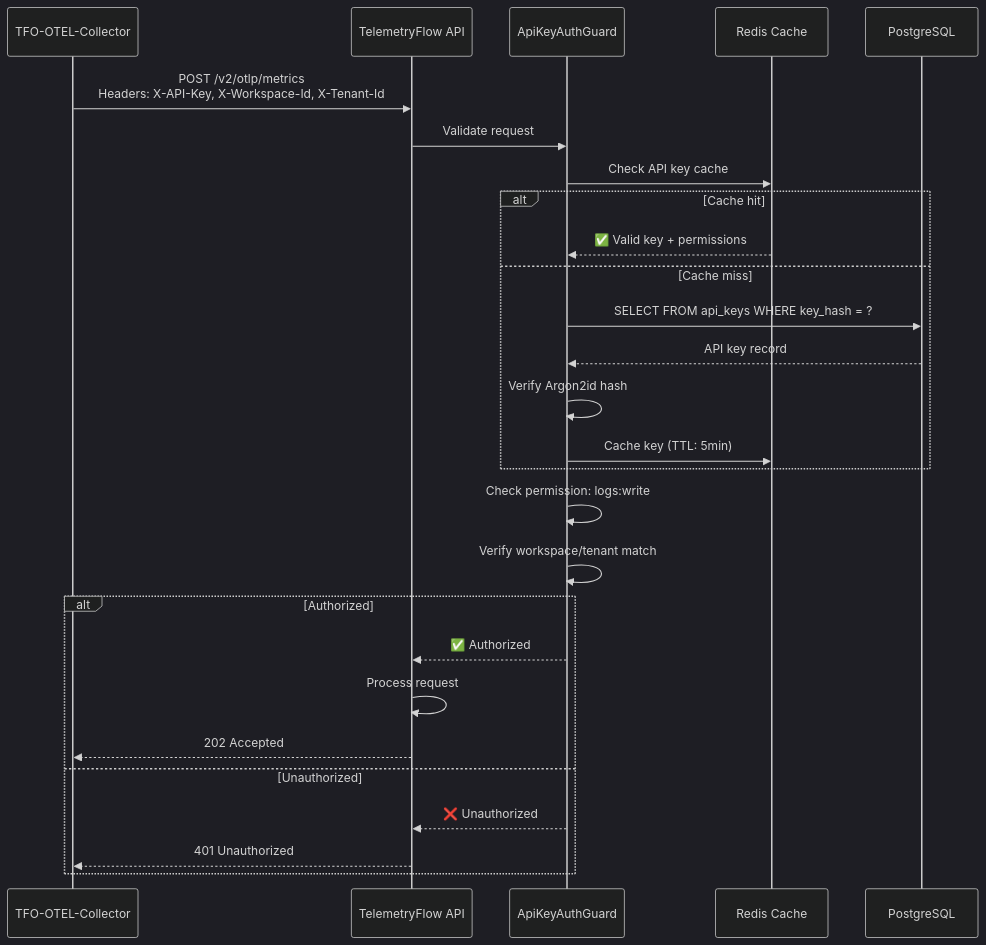
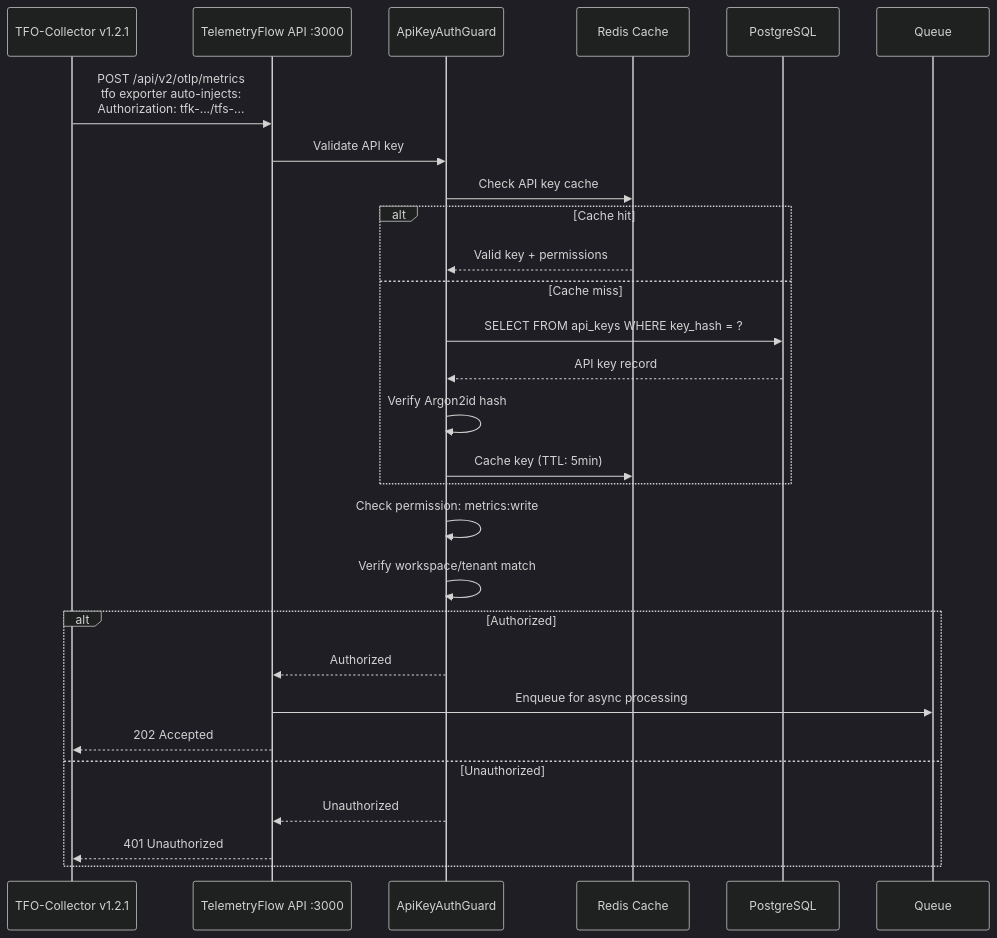
The fourth of 4 diagrams in tfo-otel/INGESTION-FLOW.md (telemetryflow/telemetryflow-overview), drawn with Mermaid (dark theme) before and after one commit. The commit also changed other lines of this file and 68 other files, not shown here.

````diff
--- a/tfo-otel/INGESTION-FLOW.md
+++ b/tfo-otel/INGESTION-FLOW.md
@@ -635,34 +433,34 @@
 ```mermaid
 sequenceDiagram
-    participant Collector as TFO-OTEL-Collector
-    participant API as TelemetryFlow API
+    participant Collector as TFO-Collector v1.2.1
+    participant API as TelemetryFlow API :3000
     participant Guard as ApiKeyAuthGuard
     participant Cache as Redis Cache
     participant DB as PostgreSQL
 
-    Collector->>API: POST /v2/otlp/metrics<br/>Headers: X-API-Key, X-Workspace-Id, X-Tenant-Id
+    Collector->>API: POST /api/v2/otlp/metrics<br/>tfo exporter auto-injects:<br/>Authorization: tfk-.../tfs-...
 
-    API->>Guard: Validate request
+    API->>Guard: Validate API key
 
     Guard->>Cache: Check API key cache
     alt Cache hit
-        Cache-->>Guard: ✅ Valid key + permissions
+        Cache-->>Guard: Valid key + permissions
     else Cache miss
         Guard->>DB: SELECT FROM api_keys WHERE key_hash = ?
         DB-->>Guard: API key record
         Guard->>Guard: Verify Argon2id hash
         Guard->>Cache: Cache key (TTL: 5min)
     end
 
-    Guard->>Guard: Check permission: logs:write
+    Guard->>Guard: Check permission: metrics:write
     Guard->>Guard: Verify workspace/tenant match
 
     alt Authorized
-        Guard-->>API: ✅ Authorized
-        API->>API: Process request
+        Guard-->>API: Authorized
+        API->>Queue: Enqueue for async processing
         API-->>Collector: 202 Accepted
     else Unauthorized
-        Guard-->>API: ❌ Unauthorized
+        Guard-->>API: Unauthorized
         API-->>Collector: 401 Unauthorized
     end
 ```
````
